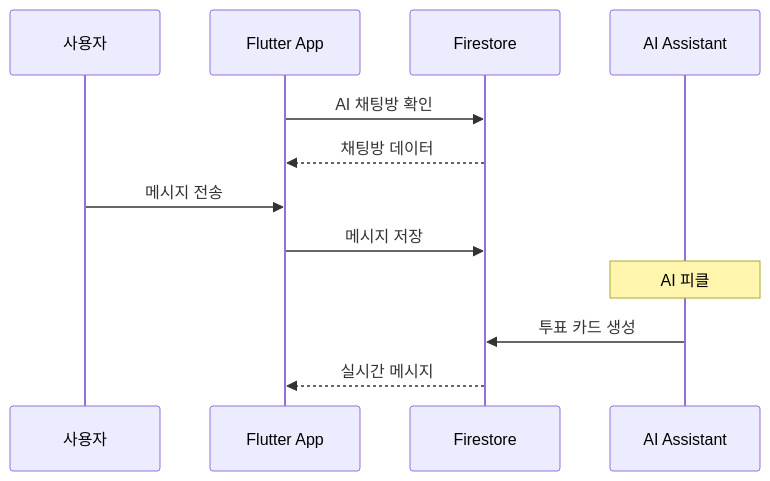
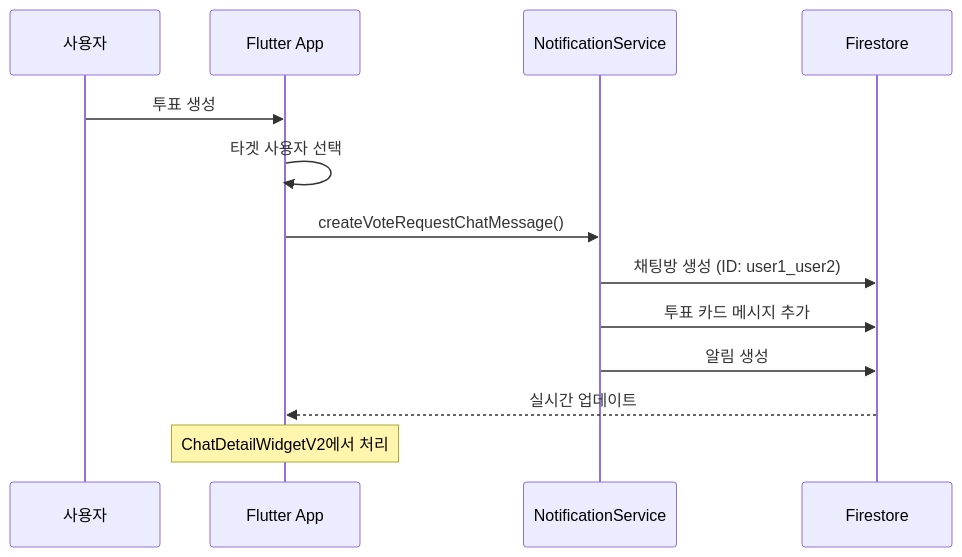
Before and after one commit to gblack84/versus-cursor: the third of 4 diagrams in ARCHITECTURE.md, drawn with Mermaid. The commit also changed other lines of this file and 14 other files, not shown here.

````diff
--- a/ARCHITECTURE.md
+++ b/ARCHITECTURE.md
@@ -85,15 +136,16 @@
 ```mermaid
 sequenceDiagram
     participant User as 사용자
     participant App as Flutter App
+    participant NS as NotificationService
     participant FS as Firestore
-    participant AI as AI Assistant
     
-    App->>FS: AI 채팅방 확인
-    FS-->>App: 채팅방 데이터
-    User->>App: 메시지 전송
-    App->>FS: 메시지 저장
-    Note over AI: AI 피클
-    AI->>FS: 투표 카드 생성
-    FS-->>App: 실시간 메시지
+    User->>App: 투표 생성
+    App->>App: 타겟 사용자 선택
+    App->>NS: createVoteRequestChatMessage()
+    NS->>FS: 채팅방 생성 (ID: user1_user2)
+    NS->>FS: 투표 카드 메시지 추가
+    NS->>FS: 알림 생성
+    FS-->>App: 실시간 업데이트
+    Note over App: ChatDetailWidgetV2에서 처리
 ```
````
